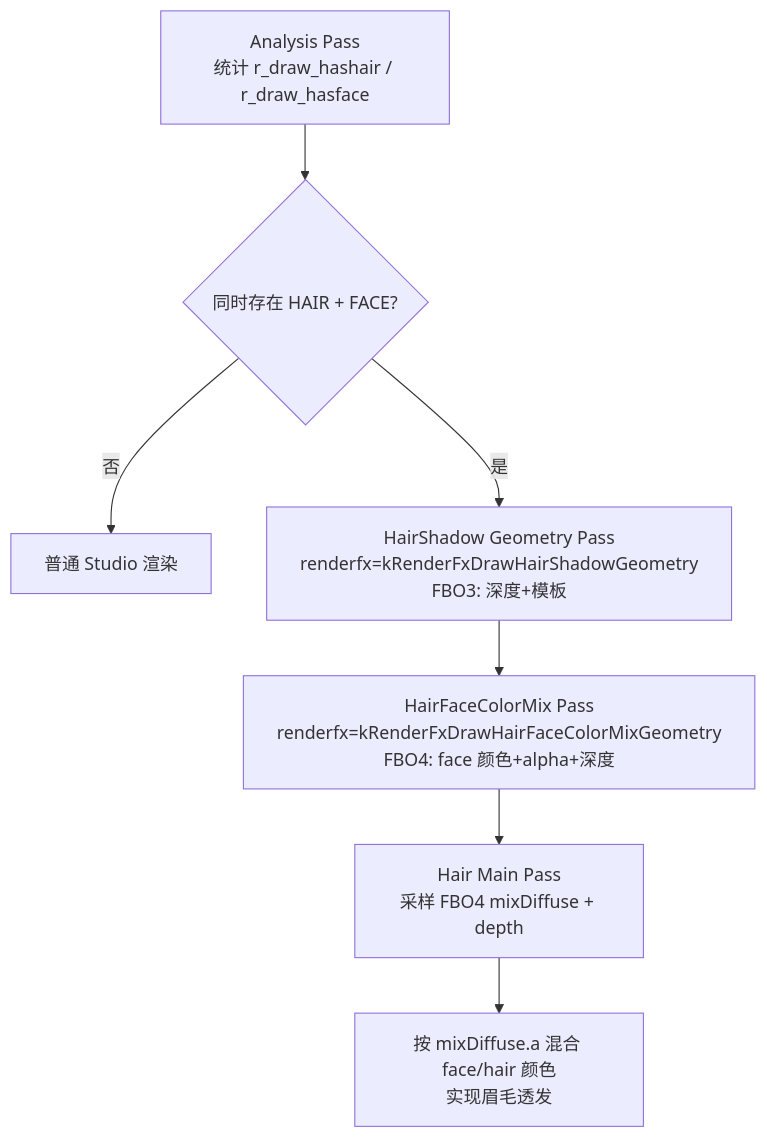
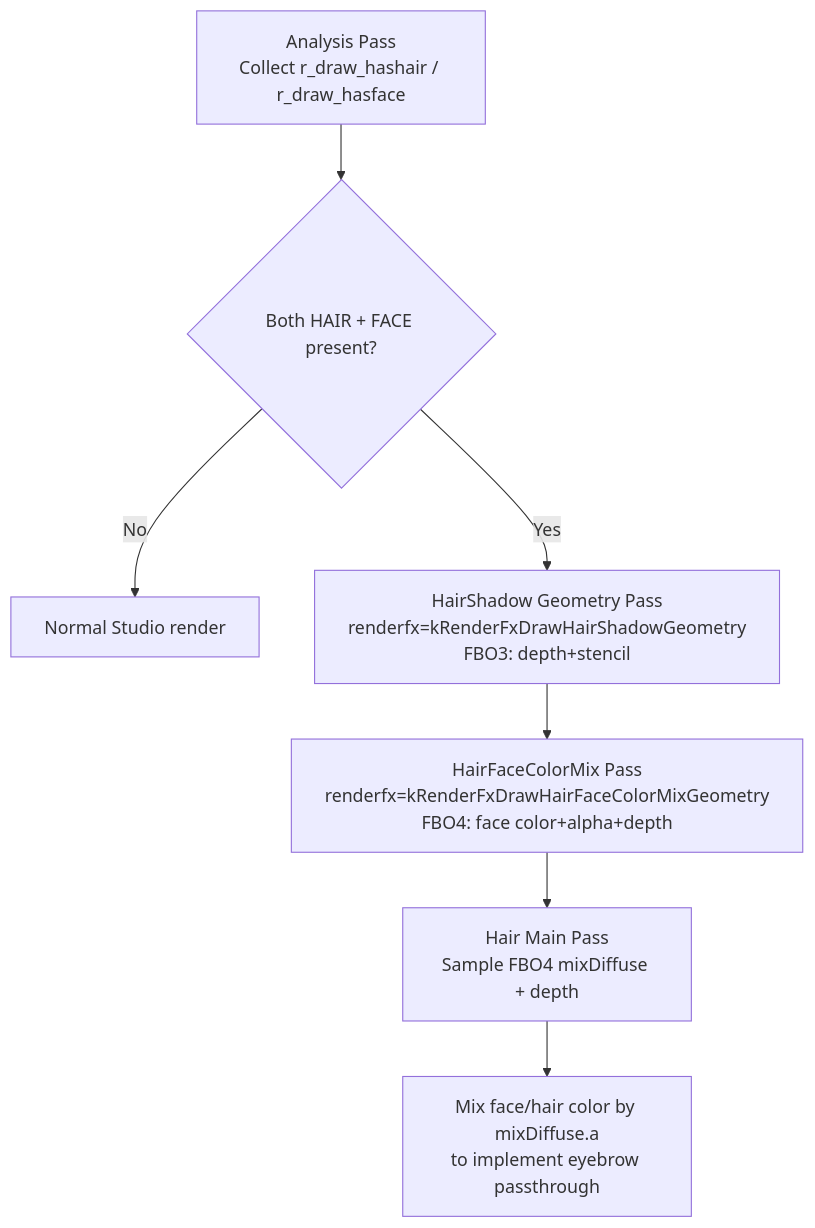
The diagram in memory/Eyebrow-Passthrough.md (hzqst/MetaHookSv), drawn with Mermaid before and after one commit. The commit also changed other lines of this file and 47 other files, not shown here.

````diff
--- a/memory/Eyebrow-Passthrough.md
+++ b/memory/Eyebrow-Passthrough.md
@@ -41,9 +41,9 @@
 ```mermaid
 flowchart TD
-    A[Analysis Pass<br/>统计 r_draw_hashair / r_draw_hasface] --> B{同时存在 HAIR + FACE?}
-    B -- 否 --> Z[普通 Studio 渲染]
-    B -- 是 --> C[HairShadow Geometry Pass<br/>renderfx=kRenderFxDrawHairShadowGeometry<br/>FBO3: 深度+模板]
-    C --> D[HairFaceColorMix Pass<br/>renderfx=kRenderFxDrawHairFaceColorMixGeometry<br/>FBO4: face 颜色+alpha+深度]
-    D --> E[Hair Main Pass<br/>采样 FBO4 mixDiffuse + depth]
-    E --> F[按 mixDiffuse.a 混合 face/hair 颜色<br/>实现眉毛透发]
+    A[Analysis Pass<br/>Collect r_draw_hashair / r_draw_hasface] --> B{Both HAIR + FACE present?}
+    B -- No --> Z[Normal Studio render]
+    B -- Yes --> C[HairShadow Geometry Pass<br/>renderfx=kRenderFxDrawHairShadowGeometry<br/>FBO3: depth+stencil]
+    C --> D[HairFaceColorMix Pass<br/>renderfx=kRenderFxDrawHairFaceColorMixGeometry<br/>FBO4: face color+alpha+depth]
+    D --> E[Hair Main Pass<br/>Sample FBO4 mixDiffuse + depth]
+    E --> F[Mix face/hair color by mixDiffuse.a<br/>to implement eyebrow passthrough]
 ```
````
